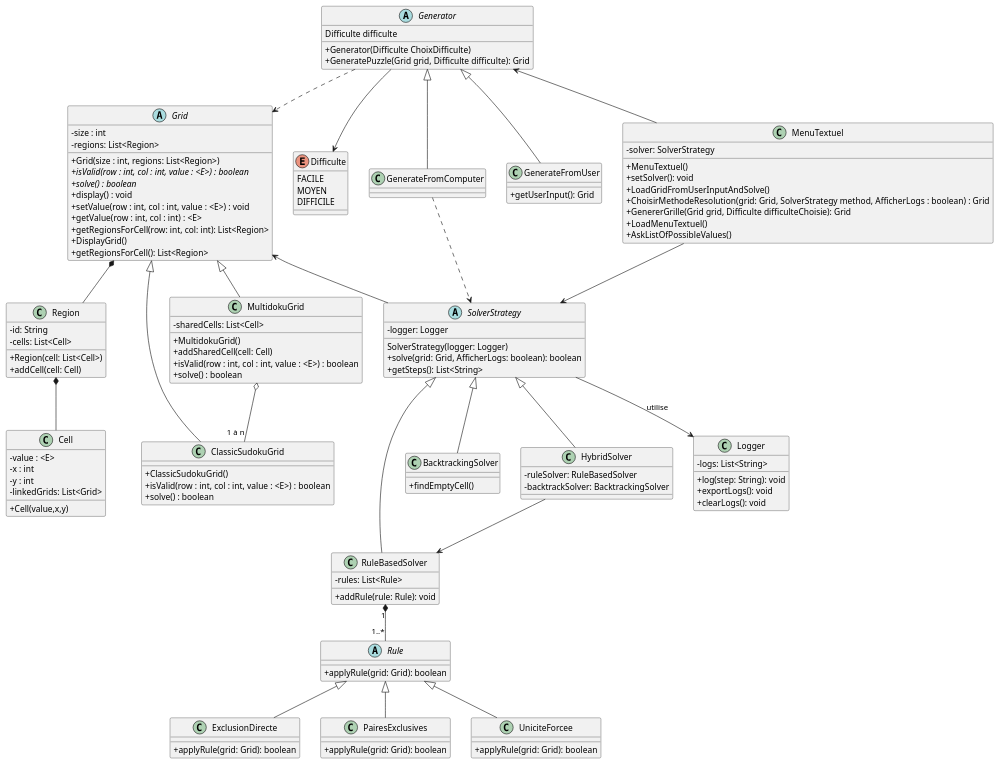
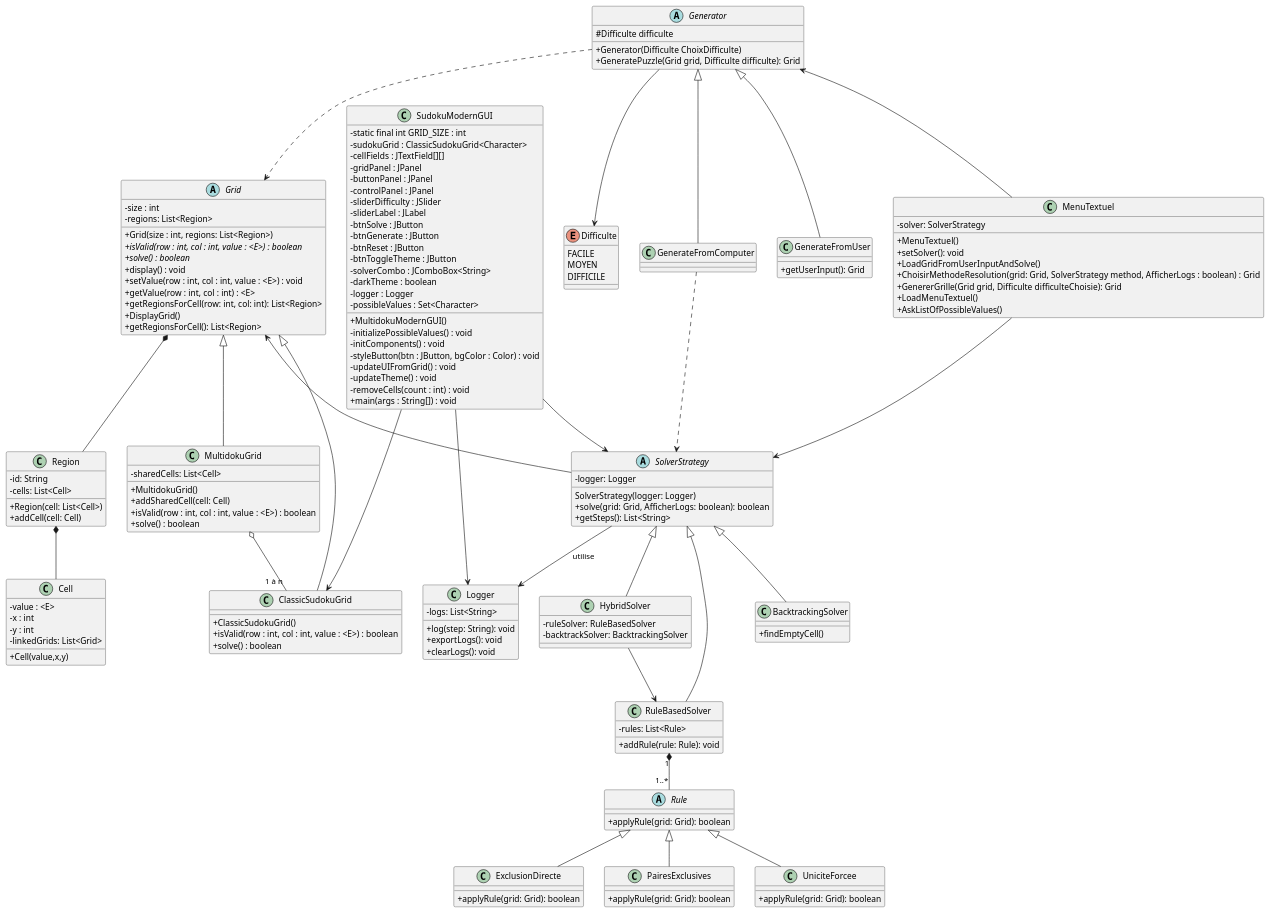
One commit to PolytechLyon/SudokuAPO changed the diagram in ClassDiagram.puml. Above: the diagram before and after it, drawn with PlantUML. The commit also changed 1 other file, not shown here.

Commit message:
Mise a Jour Diagramme de Classe

```diff
--- a/ClassDiagram.puml
+++ b/ClassDiagram.puml
@@ -1,149 +1,180 @@
 @startuml
 skinparam classAttributeIconSize 0
 'https://plantuml.com/class-diagram
 
 abstract class Grid{
     - size : int
     - regions: List<Region>
     + Grid(size : int, regions: List<Region>)
     + {abstract} isValid(row : int, col : int, value : <E>) : boolean
     + {abstract} solve() : boolean
     + display() : void
     + setValue(row : int, col : int, value : <E>) : void
     + getValue(row : int, col : int) : <E>
     + getRegionsForCell(row: int, col: int): List<Region>
     + DisplayGrid()
     + getRegionsForCell(): List<Region>
 }
 
 class Region {
     - id: String
     - cells: List<Cell>
     +Region(cell: List<Cell>)
     + addCell(cell: Cell)
 }
 
 class Cell {
     -value : <E>
     -x : int
     -y : int
     - linkedGrids: List<Grid>
     +Cell(value,x,y)
 }
 
 class ClassicSudokuGrid{
     + ClassicSudokuGrid()
     + isValid(row : int, col : int, value : <E>) : boolean
     + solve() : boolean
 }
 
 class MultidokuGrid{
     - sharedCells: List<Cell>
     + MultidokuGrid()
     + addSharedCell(cell: Cell)
     + isValid(row : int, col : int, value : <E>) : boolean
     + solve() : boolean
 }
 
 abstract class Rule {
     + applyRule(grid: Grid): boolean
 }
 class ExclusionDirecte extends Rule {
     + applyRule(grid: Grid): boolean
 }
 class PairesExclusives extends Rule {
     + applyRule(grid: Grid): boolean
 }
 class UniciteForcee extends Rule {
     + applyRule(grid: Grid): boolean
 }
 
 enum Difficulte{
     FACILE
     MOYEN
     DIFFICILE
 }
 
 Generator --> Difficulte
 
 Abstract class Generator {
-    Difficulte difficulte
+    # Difficulte difficulte
     + Generator(Difficulte ChoixDifficulte)
     +GeneratePuzzle(Grid grid, Difficulte difficulte): Grid
 }
 Generator ..> Grid
 
 class GenerateFromComputer extends Generator{
 }
 
 class GenerateFromUser extends Generator{
     + getUserInput(): Grid
 }
 
 class MenuTextuel {
     - solver: SolverStrategy
     +MenuTextuel()
     + setSolver(): void
     +LoadGridFromUserInputAndSolve()
     +ChoisirMethodeResolution(grid: Grid, SolverStrategy method, AfficherLogs : boolean) : Grid
     +GenererGrille(Grid grid, Difficulte difficulteChoisie): Grid
     +LoadMenuTextuel()
     +AskListOfPossibleValues()
 }
 
 MenuTextuel --> SolverStrategy
 
 
 
 class RuleBasedSolver {
     - rules: List<Rule>
     + addRule(rule: Rule): void
 }
 
 class BacktrackingSolver {
     +findEmptyCell()
 }
 
 class HybridSolver {
     - ruleSolver: RuleBasedSolver
     - backtrackSolver: BacktrackingSolver
 }
 
 class Logger {
     - logs: List<String>
     + log(step: String): void
     + exportLogs(): void
     + clearLogs(): void
 }
 
 abstract class SolverStrategy {
     - logger: Logger
     SolverStrategy(logger: Logger)
     + solve(grid: Grid, AfficherLogs: boolean): boolean
     + getSteps(): List<String>
 }
 
+class SudokuModernGUI {
+  - static final int GRID_SIZE : int
+  - sudokuGrid : ClassicSudokuGrid<Character>
+  - cellFields : JTextField[][]
+  - gridPanel : JPanel
+  - buttonPanel : JPanel
+  - controlPanel : JPanel
+  - sliderDifficulty : JSlider
+  - sliderLabel : JLabel
+  - btnSolve : JButton
+  - btnGenerate : JButton
+  - btnReset : JButton
+  - btnToggleTheme : JButton
+  - solverCombo : JComboBox<String>
+  - darkTheme : boolean
+  - logger : Logger
+  - possibleValues : Set<Character>
+  + MultidokuModernGUI()
+  - initializePossibleValues() : void
+  - initComponents() : void
+  - styleButton(btn : JButton, bgColor : Color) : void
+  - updateUIFromGrid() : void
+  - updateTheme() : void
+  - removeCells(count : int) : void
+  + main(args : String[]) : void
+}
+
 SolverStrategy --> Logger : utilise
 
 Generator<--MenuTextuel
 
 Grid <|-- MultidokuGrid
 Grid <|-- ClassicSudokuGrid
 Grid *-- Region
 Grid <-- SolverStrategy
 
 GenerateFromComputer ..> SolverStrategy
 
 MultidokuGrid o-- "1 à n" ClassicSudokuGrid
 
 Region *-- Cell
 
 SolverStrategy <|-- RuleBasedSolver
 SolverStrategy <|-- HybridSolver
 SolverStrategy <|-- BacktrackingSolver
 RuleBasedSolver "1" *-- "1..*" Rule
 HybridSolver --> RuleBasedSolver
+SudokuModernGUI --> ClassicSudokuGrid
+SudokuModernGUI --> Logger
+SudokuModernGUI --> SolverStrategy
+
 
 
 
 @enduml
```
